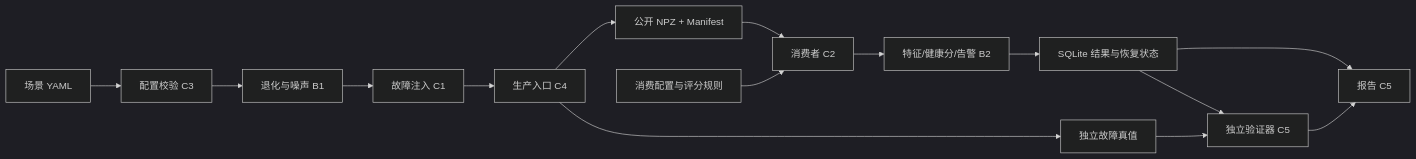
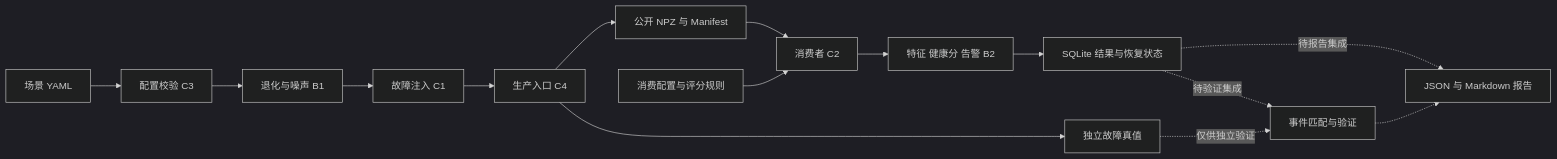
One commit to Zhu-ShuH/g15-predictive-maintenance changed the first of 2 diagrams in docs/architecture.md. Above: the diagram before and after it, drawn with Mermaid (dark theme). The commit also changed other lines of this file and 2 other files, not shown here.

````diff
--- a/docs/architecture.md
+++ b/docs/architecture.md
@@ -9,17 +11,17 @@
 ```mermaid
 flowchart LR
     SC[场景 YAML] --> CFG[配置校验 C3]
     CFG --> SIM[退化与噪声 B1]
     SIM --> FAULT[故障注入 C1]
     FAULT --> PROD[生产入口 C4]
-    PROD --> RAW[公开 NPZ + Manifest]
+    PROD --> RAW[公开 NPZ 与 Manifest]
     PROD --> TRUTH[独立故障真值]
     RAW --> CONS[消费者 C2]
     CC[消费配置与评分规则] --> CONS
-    CONS --> ANALYSIS[特征/健康分/告警 B2]
+    CONS --> ANALYSIS[特征 健康分 告警 B2]
     ANALYSIS --> DB[SQLite 结果与恢复状态]
-    DB --> REPORT[报告 C5]
-    TRUTH --> VERIFY[独立验证器 C5]
-    DB --> VERIFY
-    VERIFY --> REPORT
+    DB -. 待报告集成 .-> REPORT[JSON 与 Markdown 报告]
+    TRUTH -. 仅供独立验证 .-> VERIFY[事件匹配与验证]
+    DB -. 待验证集成 .-> VERIFY
+    VERIFY -.-> REPORT
 ```
````
